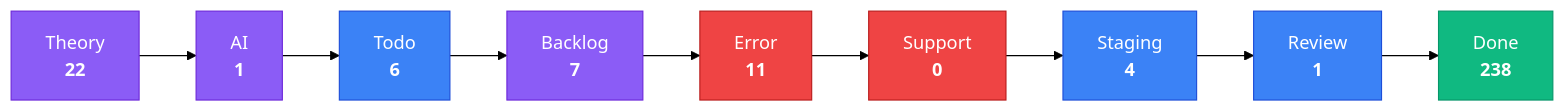
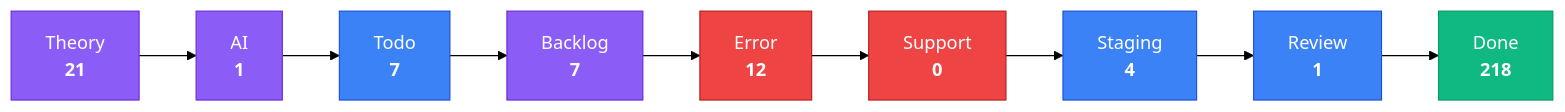
One commit to KBVE/kbve changed the third of 4 diagrams in apps/kbve/astro-kbve/src/content/docs/dashboard/kanban-data.mdx. Above: the diagram before and after it, drawn with Mermaid (forest theme). The commit also changed other lines of this file and 8 other files, not shown here.

````diff
--- a/apps/kbve/astro-kbve/src/content/docs/dashboard/kanban-data.mdx
+++ b/apps/kbve/astro-kbve/src/content/docs/dashboard/kanban-data.mdx
@@ -80,28 +80,28 @@
 ```mermaid
 flowchart LR
     classDef planning fill:#8b5cf6,stroke:#6d28d9,color:#fff
     classDef active fill:#3b82f6,stroke:#1d4ed8,color:#fff
     classDef blocked fill:#ef4444,stroke:#b91c1c,color:#fff
     classDef done fill:#10b981,stroke:#059669,color:#fff
-    Theory["Theory<br/><strong>22</strong>"]
+    Theory["Theory<br/><strong>21</strong>"]
     Theory --> AI
     AI["AI<br/><strong>1</strong>"]
     AI --> Todo
-    Todo["Todo<br/><strong>6</strong>"]
+    Todo["Todo<br/><strong>7</strong>"]
     Todo --> Backlog
     Backlog["Backlog<br/><strong>7</strong>"]
     Backlog --> Error
-    Error["Error<br/><strong>11</strong>"]
+    Error["Error<br/><strong>12</strong>"]
     Error --> Support
     Support["Support<br/><strong>0</strong>"]
     Support --> Staging
     Staging["Staging<br/><strong>4</strong>"]
     Staging --> Review
     Review["Review<br/><strong>1</strong>"]
     Review --> Done
-    Done["Done<br/><strong>238</strong>"]
+    Done["Done<br/><strong>218</strong>"]
     class Theory,AI,Backlog planning
     class Todo,Staging,Review active
     class Error,Support blocked
     class Done done
 ```
````
